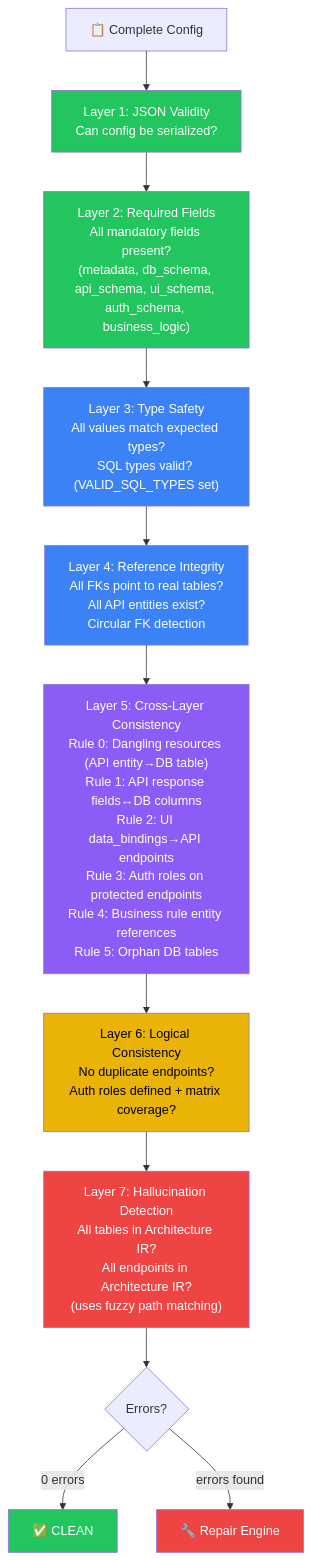
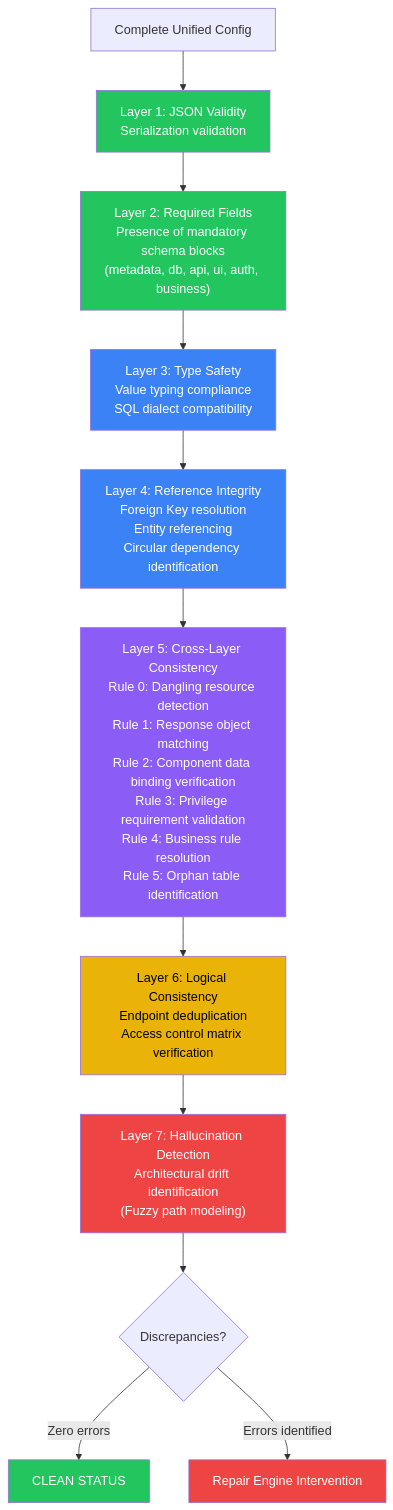
Diagram 11 of 19 in SOFTWARE_ARCHITECTURE.md (notsooamit/app-compiler), drawn with Mermaid before and after one commit. The commit also changed other lines of this file and 2 other files, not shown here.

````diff
--- a/SOFTWARE_ARCHITECTURE.md
+++ b/SOFTWARE_ARCHITECTURE.md
@@ -646,26 +609,26 @@
 ```mermaid
 flowchart TB
-    CONFIG["📋 Complete Config"]
+    CONFIG["Complete Unified Config"]
     
-    CONFIG --> L1["Layer 1: JSON Validity<br/>Can config be serialized?"]
-    L1 --> L2["Layer 2: Required Fields<br/>All mandatory fields present?<br/>(metadata, db_schema, api_schema, ui_schema, auth_schema, business_logic)"]
-    L2 --> L3["Layer 3: Type Safety<br/>All values match expected types?<br/>SQL types valid? (VALID_SQL_TYPES set)"]
-    L3 --> L4["Layer 4: Reference Integrity<br/>All FKs point to real tables?<br/>All API entities exist?<br/>Circular FK detection"]
-    L4 --> L5["Layer 5: Cross-Layer Consistency<br/>Rule 0: Dangling resources (API entity→DB table)<br/>Rule 1: API response fields↔DB columns<br/>Rule 2: UI data_bindings→API endpoints<br/>Rule 3: Auth roles on protected endpoints<br/>Rule 4: Business rule entity references<br/>Rule 5: Orphan DB tables"]
-    L5 --> L6["Layer 6: Logical Consistency<br/>No duplicate endpoints?<br/>Auth roles defined + matrix coverage?"]
-    L6 --> L7["Layer 7: Hallucination Detection<br/>All tables in Architecture IR?<br/>All endpoints in Architecture IR?<br/>(uses fuzzy path matching)"]
+    CONFIG --> L1["Layer 1: JSON Validity<br/>Serialization validation"]
+    L1 --> L2["Layer 2: Required Fields<br/>Presence of mandatory schema blocks<br/>(metadata, db, api, ui, auth, business)"]
+    L2 --> L3["Layer 3: Type Safety<br/>Value typing compliance<br/>SQL dialect compatibility"]
+    L3 --> L4["Layer 4: Reference Integrity<br/>Foreign Key resolution<br/>Entity referencing<br/>Circular dependency identification"]
+    L4 --> L5["Layer 5: Cross-Layer Consistency<br/>Rule 0: Dangling resource detection<br/>Rule 1: Response object matching<br/>Rule 2: Component data binding verification<br/>Rule 3: Privilege requirement validation<br/>Rule 4: Business rule resolution<br/>Rule 5: Orphan table identification"]
+    L5 --> L6["Layer 6: Logical Consistency<br/>Endpoint deduplication<br/>Access control matrix verification"]
+    L6 --> L7["Layer 7: Hallucination Detection<br/>Architectural drift identification<br/>(Fuzzy path modeling)"]
     
-    L7 --> RESULT{"Errors?"}
-    RESULT -->|"0 errors"| CLEAN["✅ CLEAN"]
-    RESULT -->|"errors found"| REPAIR["🔧 Repair Engine"]
+    L7 --> RESULT{"Discrepancies?"}
+    RESULT -->|"Zero errors"| CLEAN["CLEAN STATUS"]
+    RESULT -->|"Errors identified"| REPAIR["Repair Engine Intervention"]
     
     style L1 fill:#22c55e,color:#fff
     style L2 fill:#22c55e,color:#fff
     style L3 fill:#3b82f6,color:#fff
     style L4 fill:#3b82f6,color:#fff
     style L5 fill:#8b5cf6,color:#fff
     style L6 fill:#eab308,color:#000
     style L7 fill:#ef4444,color:#fff
     style CLEAN fill:#22c55e,color:#fff
     style REPAIR fill:#ef4444,color:#fff
 ```
````
